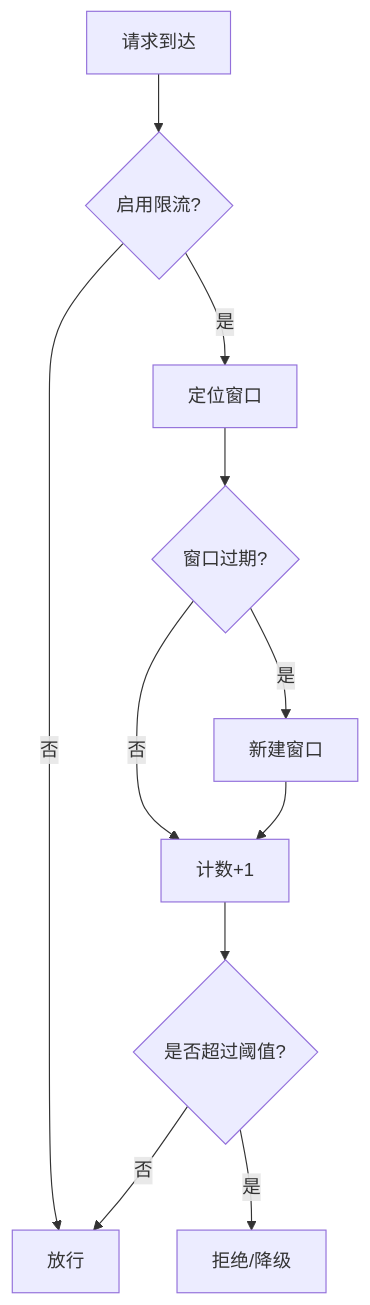
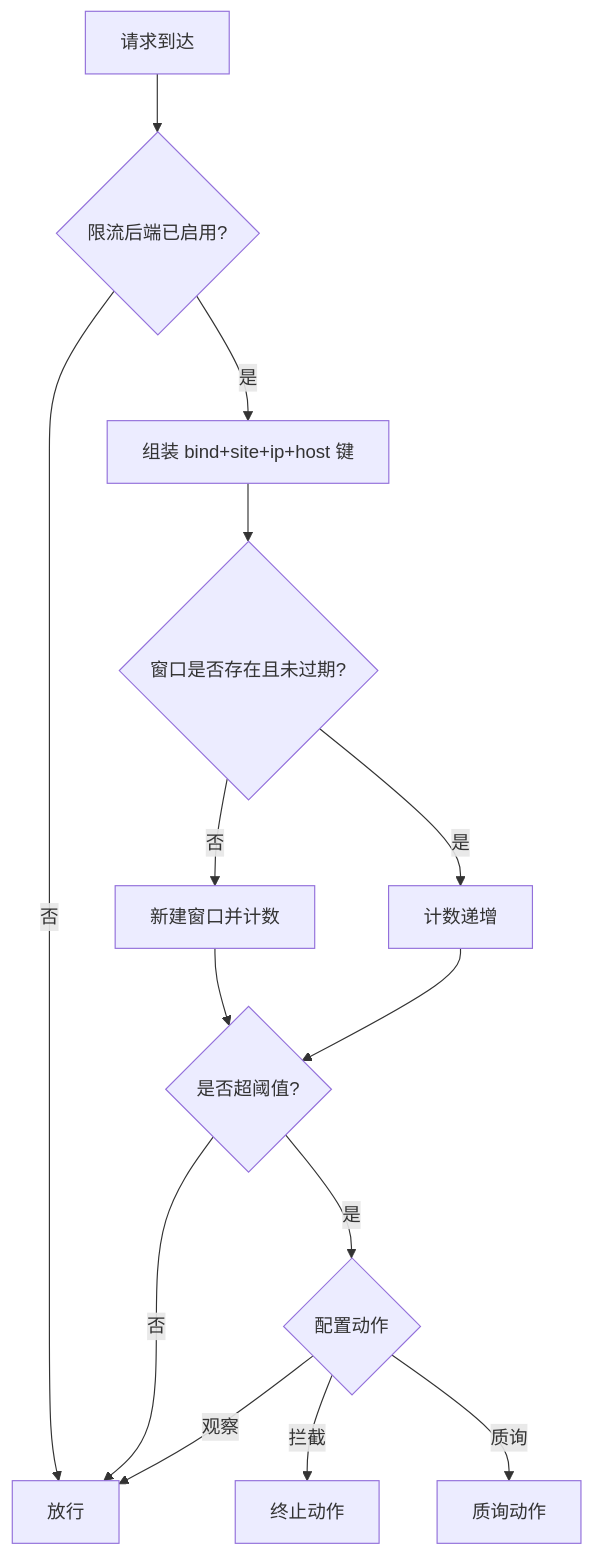
One commit to x01n/My-OpenWaf changed the ninth of 12 diagrams in docs/数据平面处理/性能监控与调优.md. Above: the diagram before and after it, drawn with Mermaid. The commit also changed other lines of this file and 622 other files, not shown here.

````diff
--- a/docs/数据平面处理/性能监控与调优.md
+++ b/docs/数据平面处理/性能监控与调优.md
@@ -331,13 +493,16 @@
 ```mermaid
 flowchart TD
-Req["请求到达"] --> Check{"启用限流?"}
-Check -- "否" --> Pass["放行"]
-Check -- "是" --> Win["定位窗口"]
-Win --> Exp{"窗口过期?"}
-Exp -- "是" --> NewWin["新建窗口"]
-Exp -- "否" --> Inc["计数+1"]
-NewWin --> Inc
-Inc --> Allow{"是否超过阈值?"}
-Allow -- "是" --> Block["拒绝/降级"]
-Allow -- "否" --> Pass
+Req["请求到达"] --> Enabled{"限流后端已启用?"}
+Enabled -- "否" --> Pass["放行"]
+Enabled -- "是" --> Key["组装 bind+site+ip+host 键"]
+Key --> Win{"窗口是否存在且未过期?"}
+Win -- "否" --> NewWin["新建窗口并计数"]
+Win -- "是" --> Inc["计数递增"]
+NewWin --> Over{"是否超阈值?"}
+Inc --> Over
+Over -- "否" --> Pass
+Over -- "是" --> Act{"配置动作"}
+Act -- "拦截" --> Block["终止动作"]
+Act -- "质询" --> Chal["质询动作"]
+Act -- "观察" --> Pass
 ```
````
